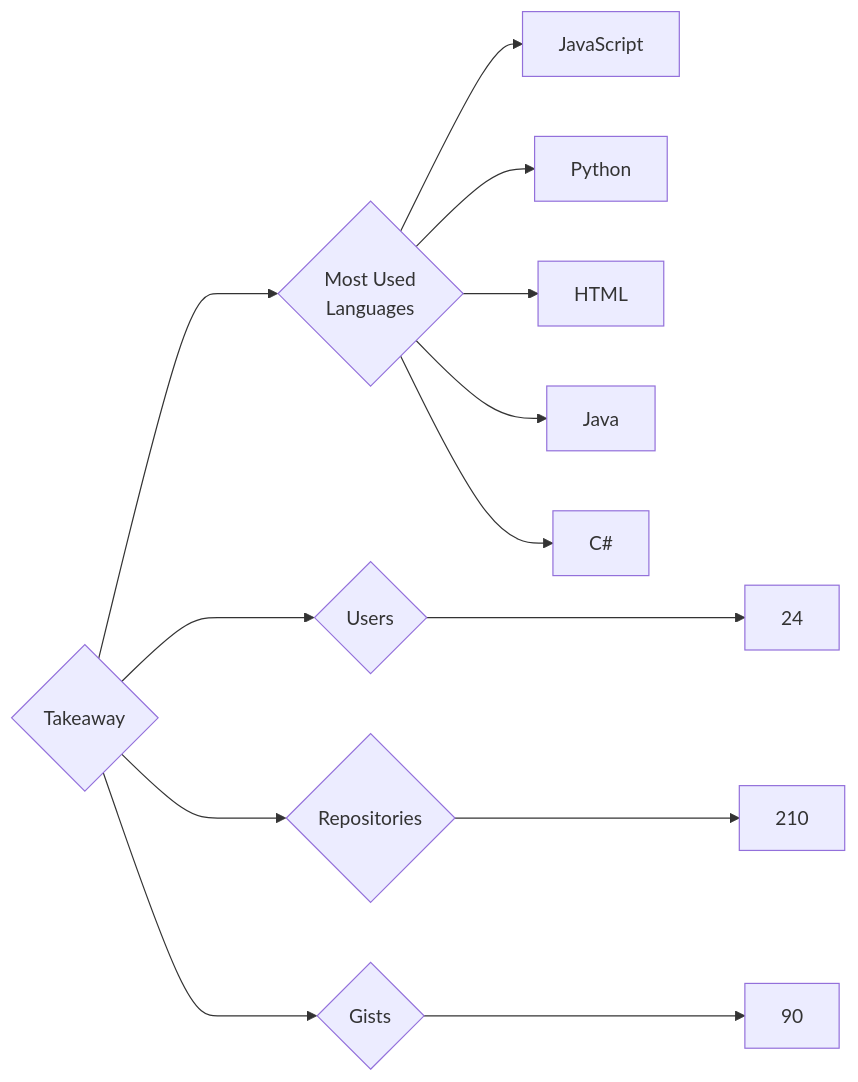
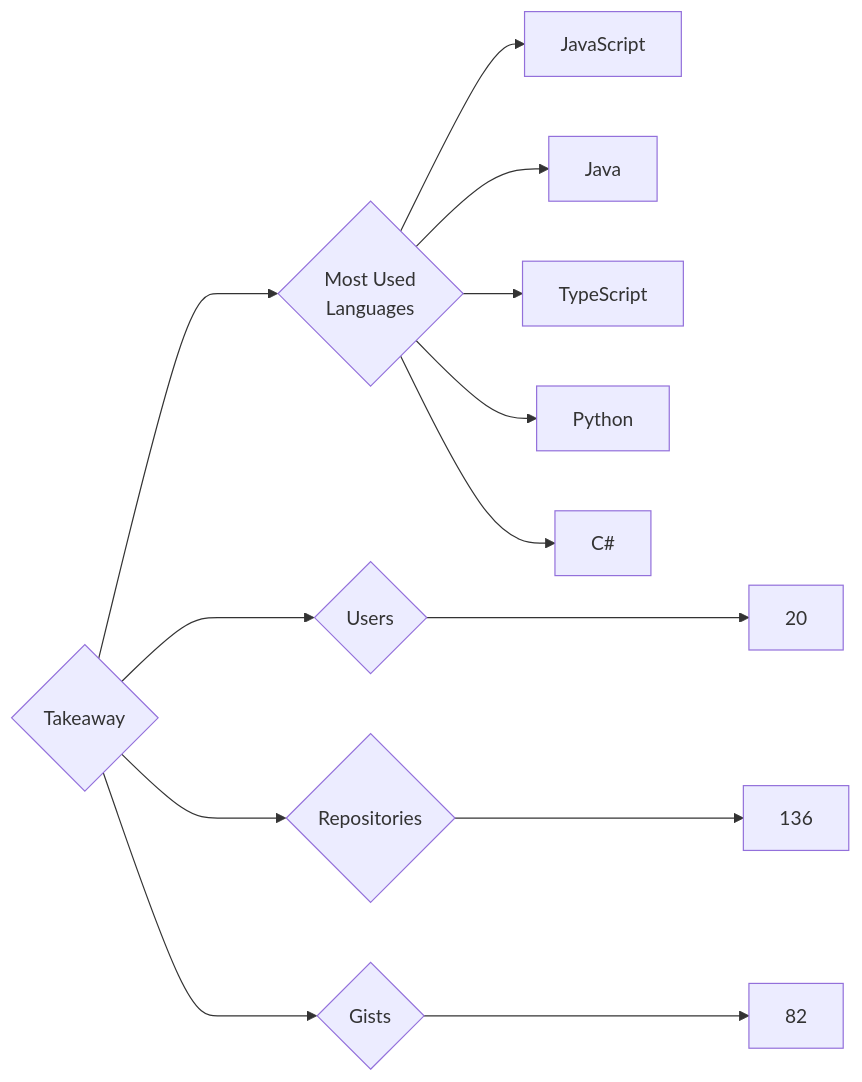
Before and after one commit to trickest/insiders: the diagram in targets/Takeaway/README.md, drawn with Mermaid. The commit also changed 970 other files, not shown here.

````diff
--- a/targets/Takeaway/README.md
+++ b/targets/Takeaway/README.md
@@ -3,13 +3,13 @@
 ```mermaid
 graph LR
 COMPANY_NAME{Takeaway}
-COMPANY_NAME ---> U{Users} ---> UN[24]
-COMPANY_NAME ---> R{Repositories} ---> RN[210]
-COMPANY_NAME ---> G{Gists} ---> GN[90]
+COMPANY_NAME ---> U{Users} ---> UN[20]
+COMPANY_NAME ---> R{Repositories} ---> RN[136]
+COMPANY_NAME ---> G{Gists} ---> GN[82]
 COMPANY_NAME ---> ML{Most Used<br>Languages}
 ML --> JavaScript[JavaScript]
+ML --> Java[Java]
+ML --> TypeScript[TypeScript]
 ML --> Python[Python]
-ML --> HTML[HTML]
-ML --> Java[Java]
 ML --> C#[C#]
 ```
````
